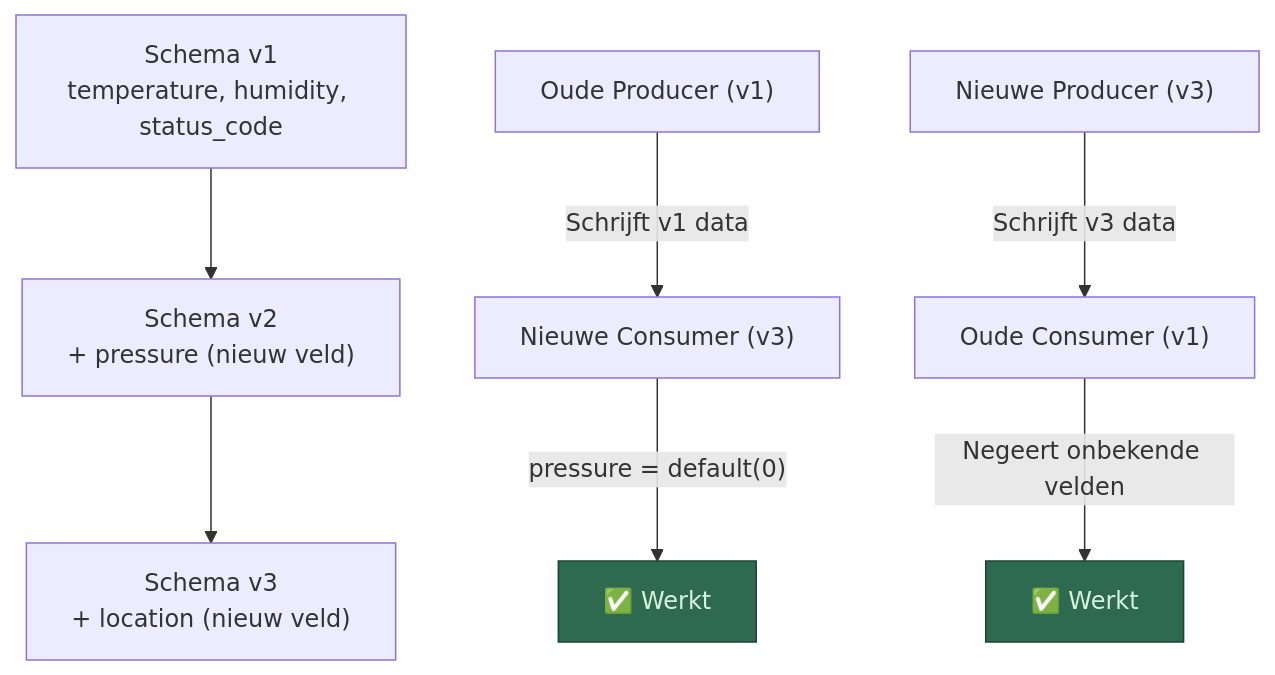
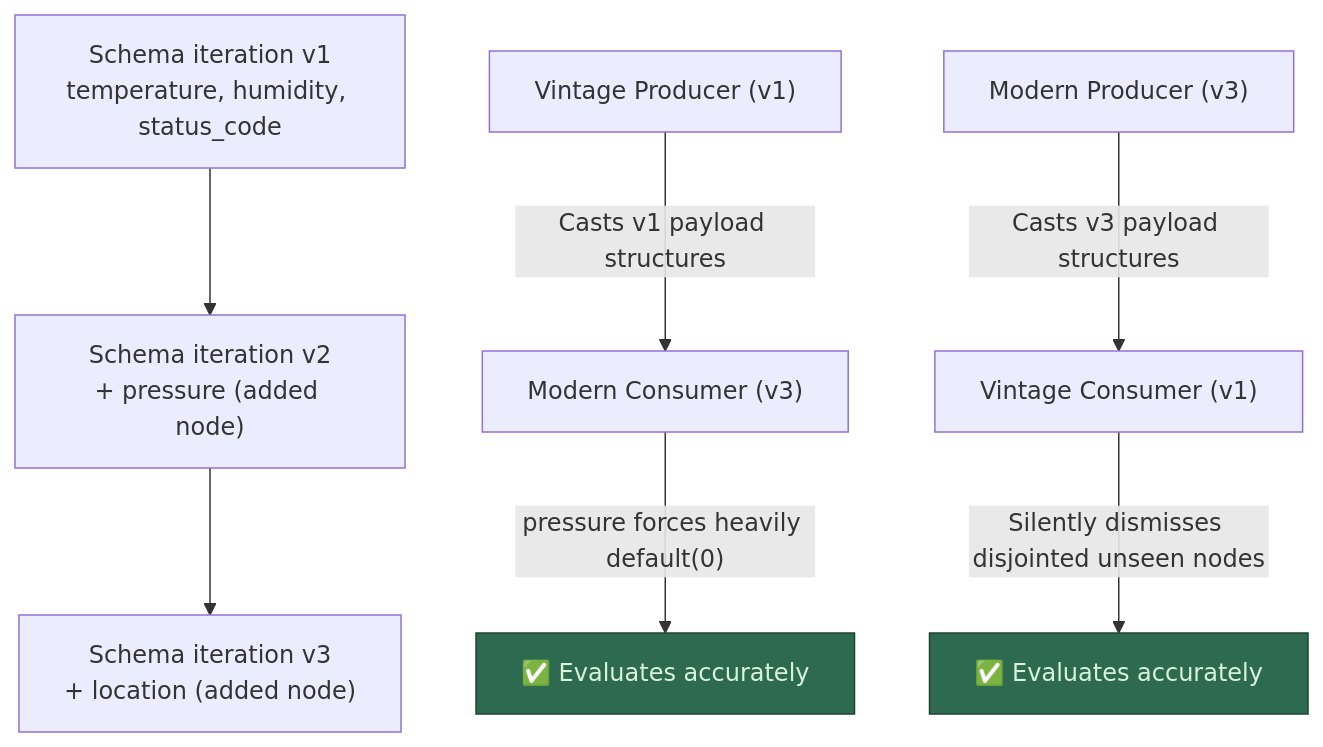
The tenth of 23 diagrams in SharedValueV3_MemMap/ARCHITECTURE.md (snodeplannen/sharedvar), drawn with Mermaid before and after one commit. The commit also changed other lines of this file and 90 other files, not shown here.

````diff
--- a/SharedValueV3_MemMap/ARCHITECTURE.md
+++ b/SharedValueV3_MemMap/ARCHITECTURE.md
@@ -360,18 +360,18 @@
 ```mermaid
 flowchart TD
-    V1["Schema v1<br/>temperature, humidity, status_code"]
-    V2["Schema v2<br/>+ pressure (nieuw veld)"]
-    V3["Schema v3<br/>+ location (nieuw veld)"]
+    V1["Schema iteration v1<br/>temperature, humidity, status_code"]
+    V2["Schema iteration v2<br/>+ pressure (added node)"]
+    V3["Schema iteration v3<br/>+ location (added node)"]
 
     V1 --> V2
     V2 --> V3
 
-    OLD_P["Oude Producer (v1)"] -->|"Schrijft v1 data"| NEW_C["Nieuwe Consumer (v3)"]
-    NEW_P["Nieuwe Producer (v3)"] -->|"Schrijft v3 data"| OLD_C["Oude Consumer (v1)"]
+    OLD_P["Vintage Producer (v1)"] -->|"Casts v1 payload structures"| NEW_C["Modern Consumer (v3)"]
+    NEW_P["Modern Producer (v3)"] -->|"Casts v3 payload structures"| OLD_C["Vintage Consumer (v1)"]
 
-    NEW_C -->|"pressure = default(0)"| OK1["✅ Werkt"]
-    OLD_C -->|"Negeert onbekende velden"| OK2["✅ Werkt"]
+    NEW_C -->|"pressure forces heavily default(0)"| OK1["✅ Evaluates accurately"]
+    OLD_C -->|"Silently dismisses disjointed unseen nodes"| OK2["✅ Evaluates accurately"]
 
     style OK1 fill:#2d6a4f,stroke:#1b4332,color:#d8f3dc
     style OK2 fill:#2d6a4f,stroke:#1b4332,color:#d8f3dc
 ```
````
